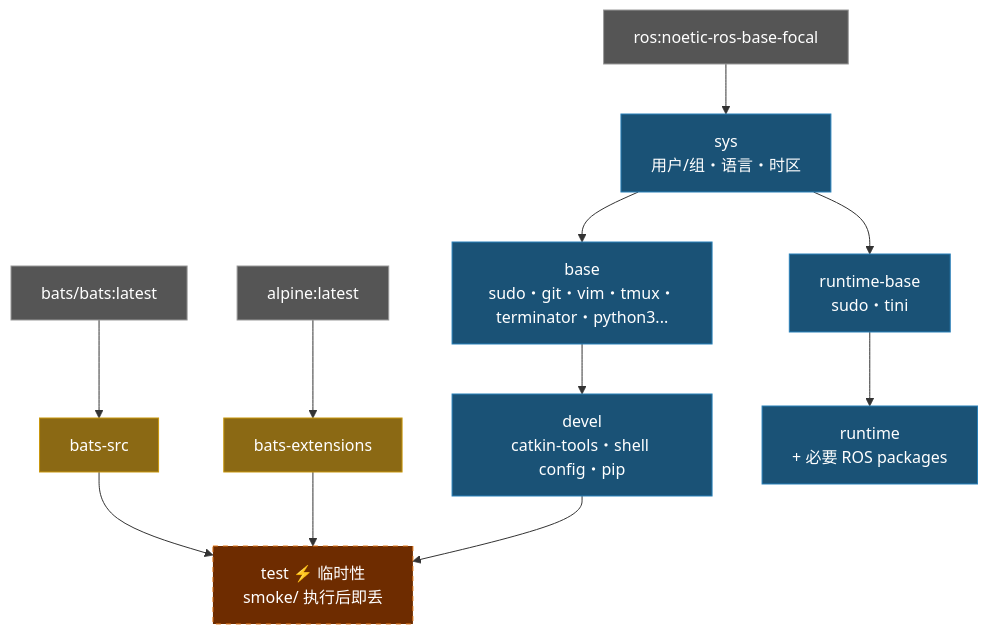
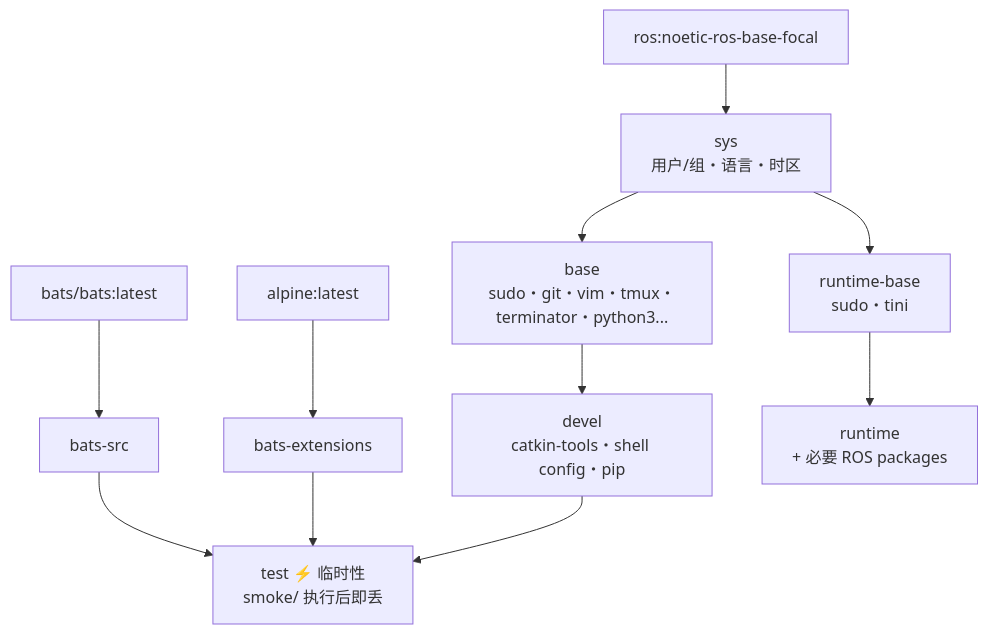
One commit to ycpss91255-docker/ros_noetic changed the diagram in doc/README.zh-CN.md. Above: the diagram before and after it, drawn with Mermaid. The commit also changed 3 other files, not shown here.

Commit message:
docs: remove mermaid background colors from architecture diagrams (#25)

````diff
--- a/doc/README.zh-CN.md
+++ b/doc/README.zh-CN.md
@@ -234,26 +234,22 @@
 ```mermaid
 graph TD
-    EXT1["bats/bats:latest"]:::external
-    EXT2["alpine:latest"]:::external
-    EXT3["ros:noetic-ros-base-focal"]:::external
+    EXT1["bats/bats:latest"]
+    EXT2["alpine:latest"]
+    EXT3["ros:noetic-ros-base-focal"]
 
-    EXT1 --> bats-src["bats-src"]:::tool
-    EXT2 --> bats-ext["bats-extensions"]:::tool
+    EXT1 --> bats-src["bats-src"]
+    EXT2 --> bats-ext["bats-extensions"]
 
-    EXT3 --> sys["sys\n用户/组・语言・时区"]:::stage
+    EXT3 --> sys["sys\n用户/组・语言・时区"]
 
-    sys --> base["base\nsudo・git・vim・tmux・terminator・python3..."]:::stage
-    base --> devel["devel\ncatkin-tools・shell config・pip"]:::stage
+    sys --> base["base\nsudo・git・vim・tmux・terminator・python3..."]
+    base --> devel["devel\ncatkin-tools・shell config・pip"]
 
-    bats-src --> test["test  ⚡ 临时性\nsmoke/ 执行后即丢"]:::ephemeral
+    bats-src --> test["test  ⚡ 临时性\nsmoke/ 执行后即丢"]
     bats-ext --> test
     devel --> test
 
-    sys --> runtime-base["runtime-base\nsudo・tini"]:::stage
-    runtime-base --> runtime["runtime\n+ 必要 ROS packages"]:::stage
+    sys --> runtime-base["runtime-base\nsudo・tini"]
+    runtime-base --> runtime["runtime\n+ 必要 ROS packages"]
 
-    classDef external fill:#555,color:#fff,stroke:#999
-    classDef tool fill:#8B6914,color:#fff,stroke:#c8960c
-    classDef stage fill:#1a5276,color:#fff,stroke:#2980b9
-    classDef ephemeral fill:#6e2c00,color:#fff,stroke:#e67e22,stroke-dasharray:5 5
 ```
````
